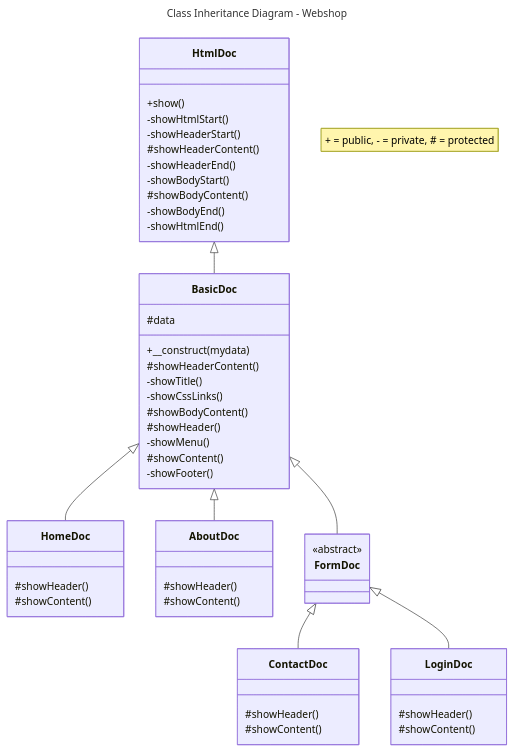
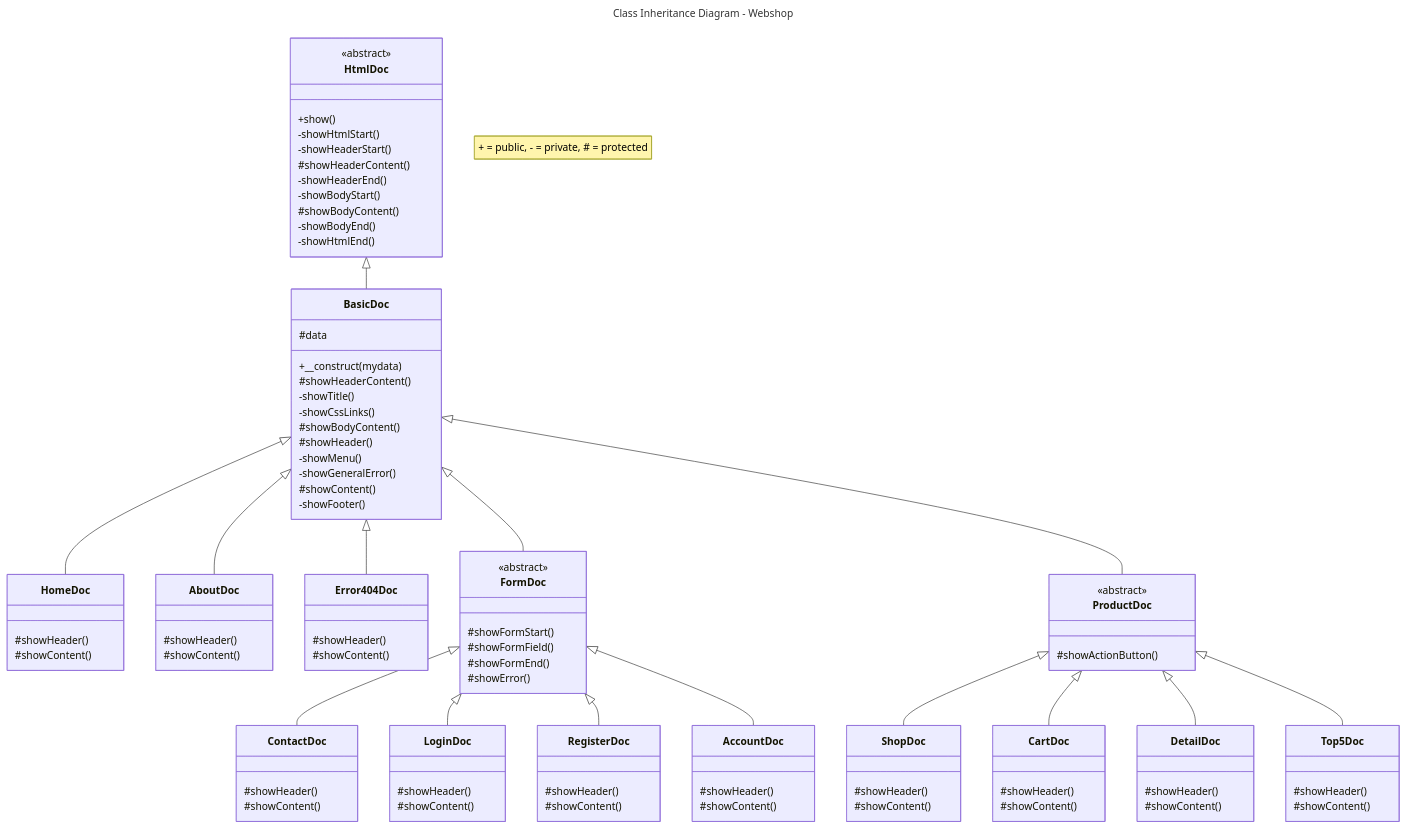
One commit to JeroenHeemskerk/educom-webshop-oop-1713521403 changed the diagram in Diagrams/class-inheritance-diagram-webshop.md. Above: the diagram before and after it, drawn with Mermaid.

Commit message:
01A: opdr 4.1, issue 2; class diagram toegevoegd

````diff
--- a/Diagrams/class-inheritance-diagram-webshop.md
+++ b/Diagrams/class-inheritance-diagram-webshop.md
@@ -9,12 +9,23 @@
 
     BasicDoc <|-- HomeDoc
     BasicDoc <|-- AboutDoc
+    BasicDoc <|-- Error404Doc
     BasicDoc <|-- FormDoc
+    BasicDoc <|-- ProductDoc
 
     FormDoc <|-- ContactDoc
     FormDoc <|-- LoginDoc
+    FormDoc <|-- RegisterDoc
+    FormDoc <|-- AccountDoc
+
+    ProductDoc <|-- ShopDoc
+    ProductDoc <|-- CartDoc
+    ProductDoc <|-- DetailDoc
+    ProductDoc <|-- Top5Doc
+    
 
     class HtmlDoc{
+        <<abstract>>
        +show()
        -showHtmlStart()
        -showHeaderStart()
@@ -34,6 +45,7 @@
         #showBodyContent()
         #showHeader()
         -showMenu()
+        -showGeneralError()
         #showContent()
         -showFooter()
     }
@@ -45,8 +57,16 @@
         #showHeader()
         #showContent()
     }
+    class Error404Doc{
+        #showHeader()
+        #showContent()
+    }
     class FormDoc{
         <<abstract>>
+        #showFormStart()
+        #showFormField()
+        #showFormEnd()
+        #showError()
     }
     class ContactDoc{
         #showHeader()
@@ -56,5 +76,34 @@
         #showHeader()
         #showContent()
     }
+    class RegisterDoc{
+        #showHeader()
+        #showContent()
+    }
+    class AccountDoc {
+        #showHeader()
+        #showContent()
+    }
+    class ProductDoc{
+        <<abstract>>
+        #showActionButton() 
+    }
+    class ShopDoc{
+        #showHeader()
+        #showContent()
+    }
+    class DetailDoc{
+        #showHeader()
+        #showContent()
+    }
+    class CartDoc{
+        #showHeader()
+        #showContent()
+    }
+    class Top5Doc{
+        #showHeader()
+        #showContent()
+    }
+
 
 ```
````
